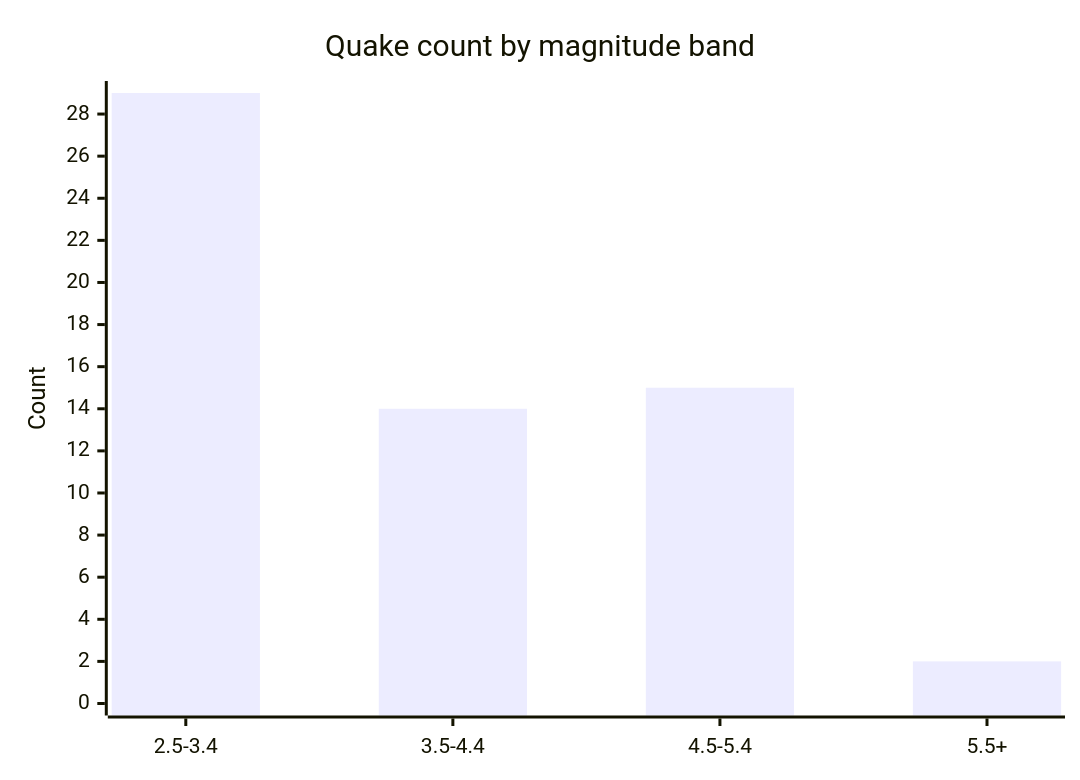
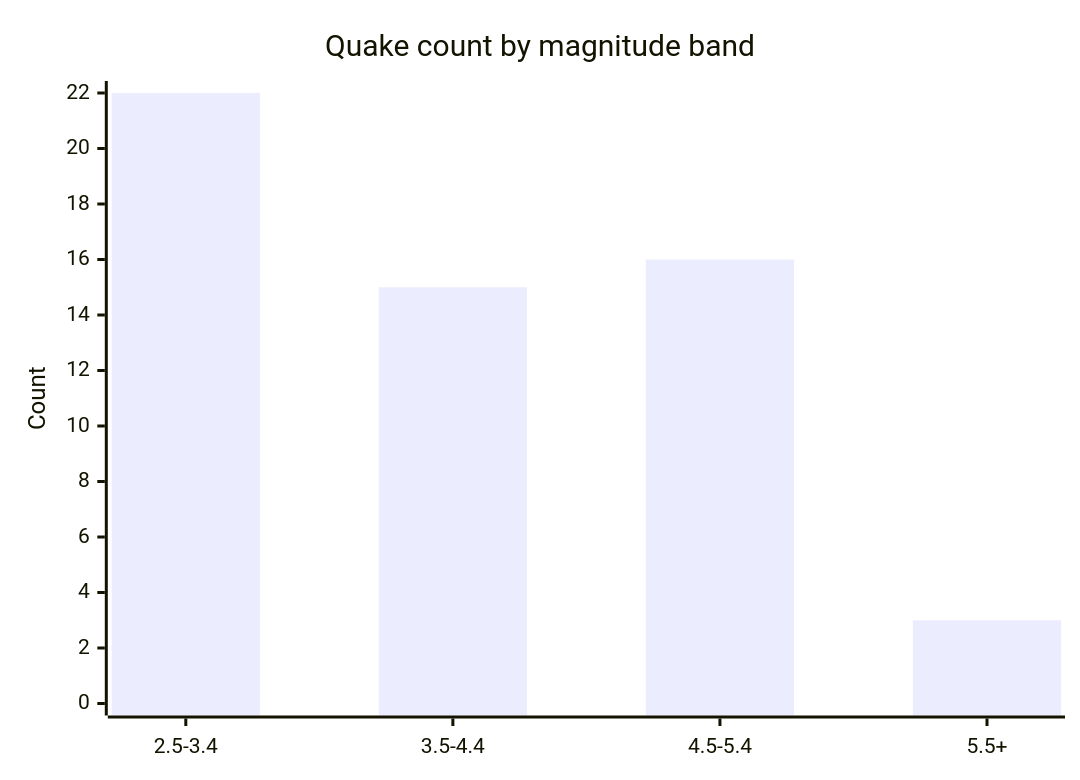
Before and after one commit to Midwest-Stratospheric/aerostratospheric-defense-gir: the fifth of 6 diagrams in docs/GRAPHS.md, drawn with Mermaid. The commit also changed other lines of this file and 24 other files, not shown here.

````diff
--- a/docs/GRAPHS.md
+++ b/docs/GRAPHS.md
@@ -82,7 +82,7 @@
 ```mermaid
 xychart-beta
   title "Quake count by magnitude band"
   x-axis ["2.5-3.4", "3.5-4.4", "4.5-5.4", "5.5+"]
-  y-axis "Count" 0 --> 29
-  bar [29, 14, 15, 2]
+  y-axis "Count" 0 --> 22
+  bar [22, 15, 16, 3]
 ```
````
